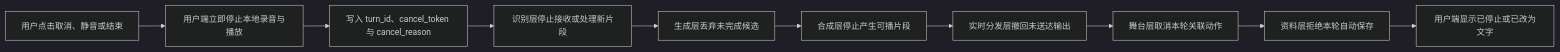
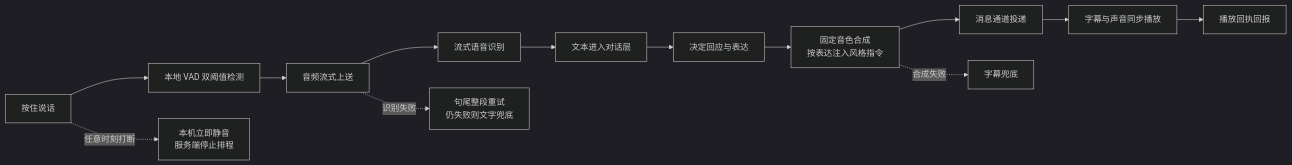
One commit to weiz98417-crypto/qiuqiu changed the diagram in docs/球球全套资料/8.附录/附录F-实时语音协议、状态码与延迟预算.md. Above: the diagram before and after it, drawn with Mermaid (dark theme). The commit also changed other lines of this file and 19 other files, not shown here.

````diff
--- a/docs/球球全套资料/8.附录/附录F-实时语音协议、状态码与延迟预算.md
+++ b/docs/球球全套资料/8.附录/附录F-实时语音协议、状态码与延迟预算.md
@@ -224,12 +8,15 @@
 ```mermaid
 flowchart LR
-    A[用户点击取消、静音或结束] --> B[用户端立即停止本地录音与播放]
-    B --> C[写入 turn_id、cancel_token 与 cancel_reason]
-    C --> D[识别层停止接收或处理新片段]
-    D --> E[生成层丢弃未完成候选]
-    E --> F[合成层停止产生可播片段]
-    F --> G[实时分发层撤回未送达输出]
-    G --> H[舞台层取消本轮关联动作]
-    H --> I[资料层拒绝本轮自动保存]
-    I --> J[用户端显示已停止或已改为文字]
+    A[按住说话] --> B[本地 VAD 双阈值检测]
+    B --> C[音频流式上送]
+    C --> D[流式语音识别]
+    D --> E[文本进入对话层]
+    E --> F[决定回应与表达]
+    F --> G[固定音色合成<br/>按表达注入风格指令]
+    G --> H[消息通道投递]
+    H --> I[字幕与声音同步播放]
+    I --> J[播放回执回报]
+    C -.识别失败.-> K[句尾整段重试<br/>仍失败则文字兜底]
+    G -.合成失败.-> L[字幕兜底]
+    A -.任意时刻打断.-> M[本机立即静音<br/>服务端停止排程]
 ```
````
